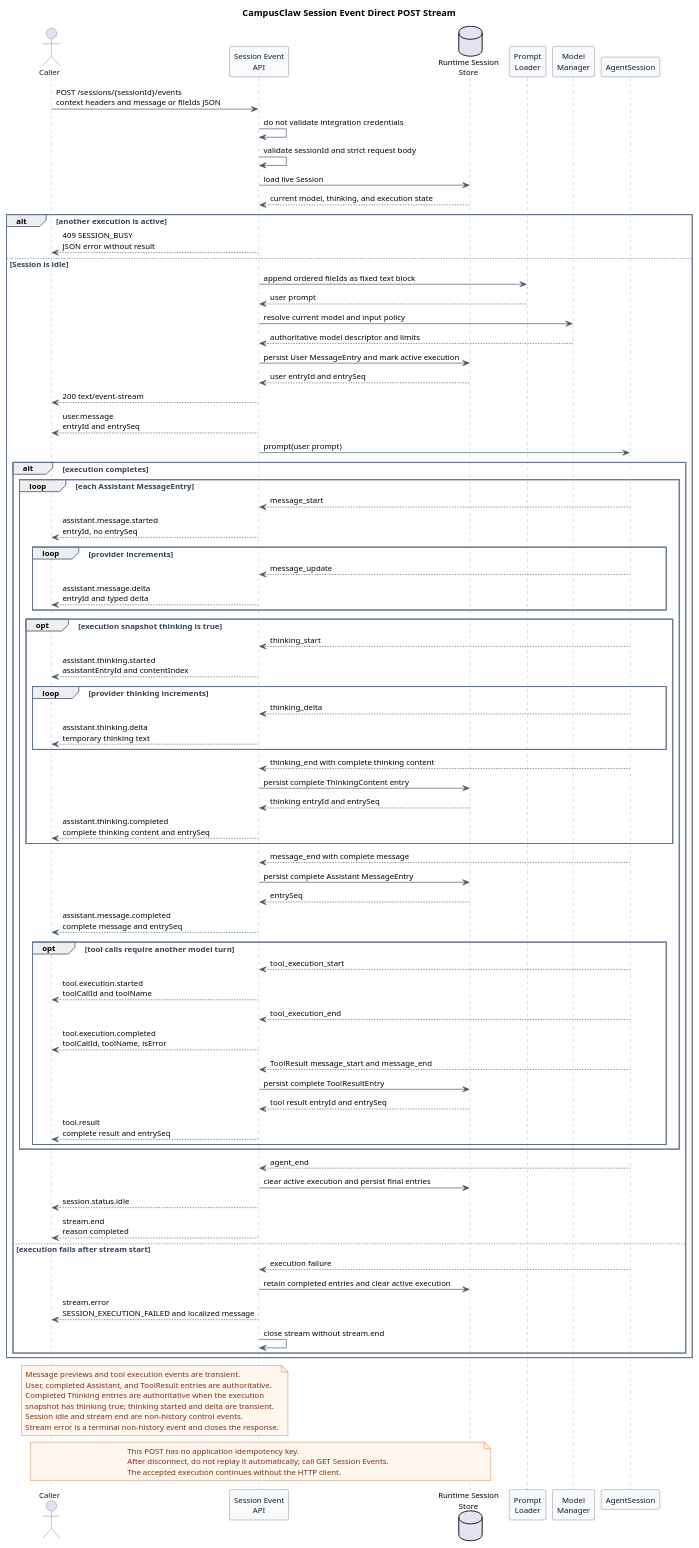
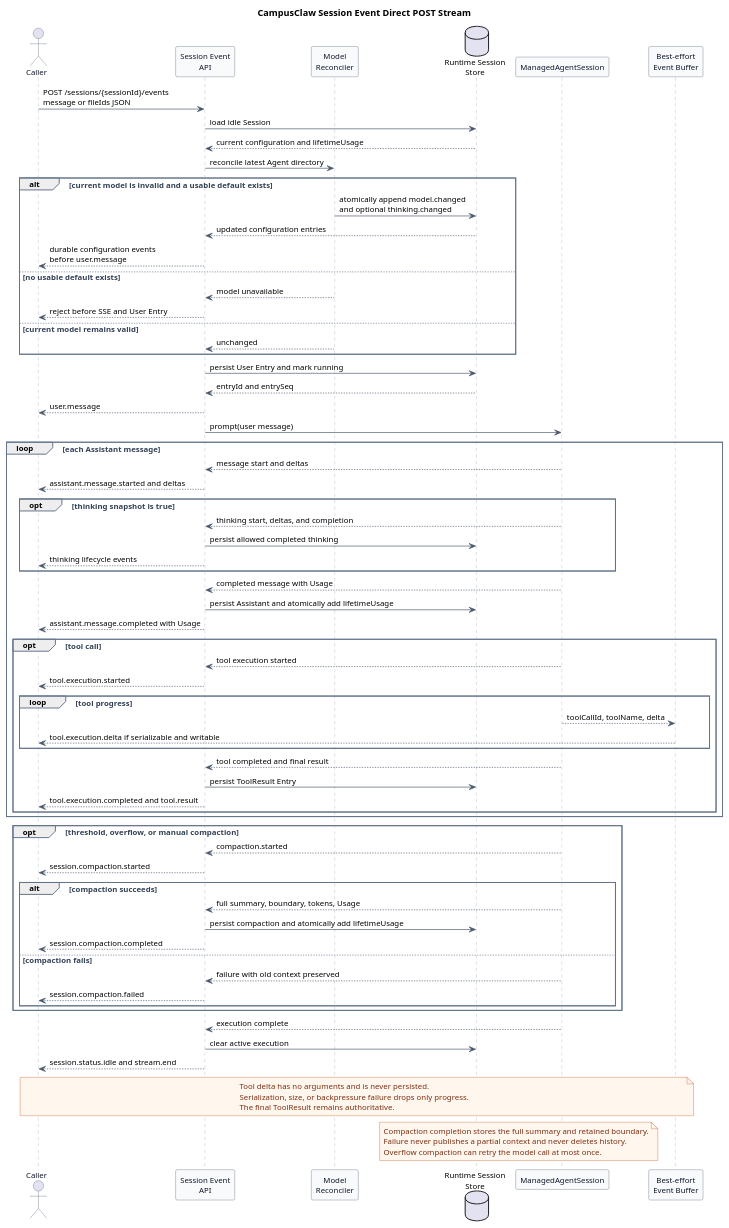
The first of 2 diagrams in pi-mono-java-manager-driven-multi-agent-runtime/diagrams/session-events/diagram.puml (ssm0808/pi-mono-java-design), drawn with PlantUML before and after one commit. The commit also changed other lines of this file and 36 other files, not shown here.

Commit message:
docs(runtime): 修订 TUI 删除边界与公共 Session 能力

```diff
--- a/pi-mono-java-manager-driven-multi-agent-runtime/diagrams/session-events/diagram.puml
+++ b/pi-mono-java-manager-driven-multi-agent-runtime/diagrams/session-events/diagram.puml
@@ -1,142 +1,122 @@
 @startuml http_session_event_stream
 title CampusClaw Session Event Direct POST Stream
 
-' Source evidence (pi-mono 086c32e74530564922d011ade23ff582c9d63116):
-' packages/agent/src/types.ts, AgentEvent, lines 430-443
-' packages/agent/src/agent-loop.ts, emitToolExecutionEnd and emitToolResultMessage,
-' lines 767-795
-' packages/coding-agent/src/core/agent-session.ts, _handleAgentEvent, lines 781-806
-' Source evidence (pi-mono-java 1f801dbb82bdda30478e3354e685e3153b179a0c):
-' modules/coding-agent-cli/src/main/java/com/campusclaw/codingagent/runtimeapi/event/RuntimeEventController.java.
+' Source evidence (pi-mono 5cd93f688aaab89dbb6dfa4aca535f21796ae185):
+' packages/agent/src/types.ts, AgentEvent.
+' packages/agent/src/agent-loop.ts, tool execution events and ToolResult messages.
+' packages/coding-agent/src/core/agent-session.ts, compaction and Agent event handling.
+' Source evidence (pi-mono-java PR 167 f60cc3e78bb8b700527ac082c7c8e10524ede095):
 ' modules/coding-agent-cli/src/main/java/com/campusclaw/codingagent/runtimeapi/event/RuntimeEventService.java.
-' modules/coding-agent-cli/src/main/java/com/campusclaw/codingagent/runtimeapi/agent/RuntimeAgentPromptLoader.java.
-' Source evidence (pi-mono-java 304eda06ff603fc9b6bbcaad0c296cc151a7defb):
-' modules/coding-agent-cli/src/main/java/com/campusclaw/codingagent/runtimeapi/vo/UserEventRequestVO.java.
-' modules/coding-agent-cli/src/main/java/com/campusclaw/codingagent/runtimeapi/event/RuntimeEntryCodec.java.
 ' modules/coding-agent-cli/src/main/java/com/campusclaw/codingagent/runtimeapi/event/RuntimeEventProjector.java.
-' Observed behavior: current Java request, history, and SSE payload fields are snake_case.
-' Observed behavior: both pi baselines emit message start, update, and end events around
-' one active in-memory execution. The Java HTTP handler already returns SSE from POST.
-' Observed behavior: the implemented API persists MessageEntry records and has no public run ID.
-' Java divergence: unlike the old baseline, client disconnect only detaches the bounded subscriber.
-' Architecture change: a disconnected client does not abort accepted execution; GET Session Events is
-' the recovery source, and replaying the side-effecting POST is forbidden.
-' Design reason: preserve direct streaming while separating transient message and tool
-' execution progress from authoritative User, Assistant, and ToolResult entries.
-' Observed behavior: internal thinking start, delta, and end events exist, but RuntimeEventProjector
-' emits text deltas only and RuntimeEntryCodec currently excludes ThinkingContent from the public contract.
-' Architecture change: the target contract projects thinking events only when the accepted execution
-' snapshots thinking true; assistant.thinking.completed becomes a durable recoverable entry.
-' Architecture change: target request and SSE data fields use lowerCamelCase; event names remain unchanged.
+' modules/coding-agent-cli/src/main/java/com/campusclaw/codingagent/session/ManagedAgentSession.java.
+' Observed behavior: PR 167 has a request-scoped SSE execution and durable message entries,
+' but it does not retain compaction or expose durable configuration-change events.
+' Architecture change: model reconciliation happens before accepting a User Entry.
+' Architecture change: Assistant and compaction completions persist Usage and update lifetime Usage.
+' Security hardening: tool delta omits arguments and is best-effort; dropping it never fails a tool.
+' Design reason: keep transient progress separate from the durable history and recovery boundary.
 
 skinparam backgroundColor #FFFFFF
 skinparam shadowing false
 skinparam defaultFontName Arial
 skinparam defaultFontSize 12
 skinparam sequence {
   ArrowColor #475569
   ActorBorderColor #475569
   ActorFontColor #0F172A
   LifeLineBorderColor #94A3B8
   LifeLineBackgroundColor #F8FAFC
   ParticipantBorderColor #475569
   ParticipantBackgroundColor #F8FAFC
   ParticipantFontColor #0F172A
   GroupBorderColor #64748B
   GroupFontColor #334155
 }
 skinparam note {
   BackgroundColor #FFF7ED
   BorderColor #C2410C
   FontColor #7C2D12
 }
 
 actor Caller
 participant "Session Event\nAPI" as API
+participant "Model\nReconciler" as Reconciler
 database "Runtime Session\nStore" as Store
-participant "Prompt\nLoader" as Prompt
-participant "Model\nManager" as Manager
-participant AgentSession
+participant "ManagedAgentSession" as Session
+participant "Best-effort\nEvent Buffer" as Buffer
 
-Caller -> API : POST /sessions/{sessionId}/events\ncontext headers and message or fileIds JSON
-API -> API : do not validate integration credentials
-API -> API : validate sessionId and strict request body
-API -> Store : load live Session
-Store --> API : current model, thinking, and execution state
+Caller -> API : POST /sessions/{sessionId}/events\nmessage or fileIds JSON
+API -> Store : load idle Session
+Store --> API : current configuration and lifetimeUsage
+API -> Reconciler : reconcile latest Agent directory
 
-alt another execution is active
-  API --> Caller : 409 SESSION_BUSY\nJSON error without result
-else Session is idle
-  API -> Prompt : append ordered fileIds as fixed text block
-  Prompt --> API : user prompt
-  API -> Manager : resolve current model and input policy
-  Manager --> API : authoritative model descriptor and limits
-  API -> Store : persist User MessageEntry and mark active execution
-  Store --> API : user entryId and entrySeq
-  API --> Caller : 200 text/event-stream
-  API --> Caller : user.message\nentryId and entrySeq
-  API -> AgentSession : prompt(user prompt)
+alt current model is invalid and a usable default exists
+  Reconciler -> Store : atomically append model.changed\nand optional thinking.changed
+  Store --> API : updated configuration entries
+  API --> Caller : durable configuration events\nbefore user.message
+else no usable default exists
+  Reconciler --> API : model unavailable
+  API --> Caller : reject before SSE and User Entry
+else current model remains valid
+  Reconciler --> API : unchanged
+end
 
-  alt execution completes
-    loop each Assistant MessageEntry
-      AgentSession --> API : message_start
-      API --> Caller : assistant.message.started\nentryId, no entrySeq
-      loop provider increments
-        AgentSession --> API : message_update
-        API --> Caller : assistant.message.delta\nentryId and typed delta
-      end
-      opt execution snapshot thinking is true
-        AgentSession --> API : thinking_start
-        API --> Caller : assistant.thinking.started\nassistantEntryId and contentIndex
-        loop provider thinking increments
-          AgentSession --> API : thinking_delta
-          API --> Caller : assistant.thinking.delta\ntemporary thinking text
-        end
-        AgentSession --> API : thinking_end with complete thinking content
-        API -> Store : persist complete ThinkingContent entry
-        Store --> API : thinking entryId and entrySeq
-        API --> Caller : assistant.thinking.completed\ncomplete thinking content and entrySeq
-      end
-      AgentSession --> API : message_end with complete message
-      API -> Store : persist complete Assistant MessageEntry
-      Store --> API : entrySeq
-      API --> Caller : assistant.message.completed\ncomplete message and entrySeq
-      opt tool calls require another model turn
-        AgentSession --> API : tool_execution_start
-        API --> Caller : tool.execution.started\ntoolCallId and toolName
-        AgentSession --> API : tool_execution_end
-        API --> Caller : tool.execution.completed\ntoolCallId, toolName, isError
-        AgentSession --> API : ToolResult message_start and message_end
-        API -> Store : persist complete ToolResultEntry
-        Store --> API : tool result entryId and entrySeq
-        API --> Caller : tool.result\ncomplete result and entrySeq
-      end
+API -> Store : persist User Entry and mark running
+Store --> API : entryId and entrySeq
+API --> Caller : user.message
+API -> Session : prompt(user message)
+
+loop each Assistant message
+  Session --> API : message start and deltas
+  API --> Caller : assistant.message.started and deltas
+  opt thinking snapshot is true
+    Session --> API : thinking start, deltas, and completion
+    API -> Store : persist allowed completed thinking
+    API --> Caller : thinking lifecycle events
+  end
+  Session --> API : completed message with Usage
+  API -> Store : persist Assistant and atomically add lifetimeUsage
+  API --> Caller : assistant.message.completed with Usage
+
+  opt tool call
+    Session --> API : tool execution started
+    API --> Caller : tool.execution.started
+    loop tool progress
+      Session --> Buffer : toolCallId, toolName, delta
+      Buffer --> Caller : tool.execution.delta if serializable and writable
     end
-
-    AgentSession --> API : agent_end
-    API -> Store : clear active execution and persist final entries
-    API --> Caller : session.status.idle
-    API --> Caller : stream.end\nreason completed
-  else execution fails after stream start
-    AgentSession --> API : execution failure
-    API -> Store : retain completed entries and clear active execution
-    API --> Caller : stream.error\nSESSION_EXECUTION_FAILED and localized message
-    API -> API : close stream without stream.end
+    Session --> API : tool completed and final result
+    API -> Store : persist ToolResult Entry
+    API --> Caller : tool.execution.completed and tool.result
   end
 end
 
-note over API,Caller
-Message previews and tool execution events are transient.
-User, completed Assistant, and ToolResult entries are authoritative.
-Completed Thinking entries are authoritative when the execution
-snapshot has thinking true; thinking started and delta are transient.
-Session idle and stream end are non-history control events.
-Stream error is a terminal non-history event and closes the response.
+opt threshold, overflow, or manual compaction
+  Session --> API : compaction.started
+  API --> Caller : session.compaction.started
+  alt compaction succeeds
+    Session --> API : full summary, boundary, tokens, Usage
+    API -> Store : persist compaction and atomically add lifetimeUsage
+    API --> Caller : session.compaction.completed
+  else compaction fails
+    Session --> API : failure with old context preserved
+    API --> Caller : session.compaction.failed
+  end
+end
+
+Session --> API : execution complete
+API -> Store : clear active execution
+API --> Caller : session.status.idle and stream.end
+
+note over Buffer,Caller
+Tool delta has no arguments and is never persisted.
+Serialization, size, or backpressure failure drops only progress.
+The final ToolResult remains authoritative.
 end note
 
-note over Caller,Store
-This POST has no application idempotency key.
-After disconnect, do not replay it automatically; call GET Session Events.
-The accepted execution continues without the HTTP client.
+note over Session,Store
+Compaction completion stores the full summary and retained boundary.
+Failure never publishes a partial context and never deletes history.
+Overflow compaction can retry the model call at most once.
 end note
 @enduml
```
